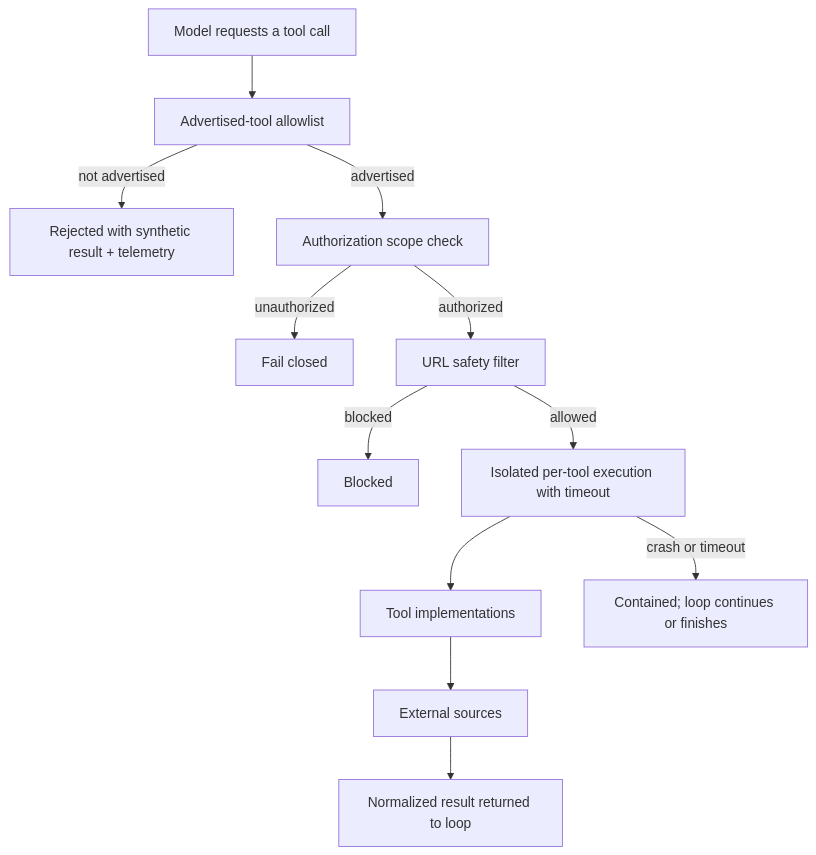
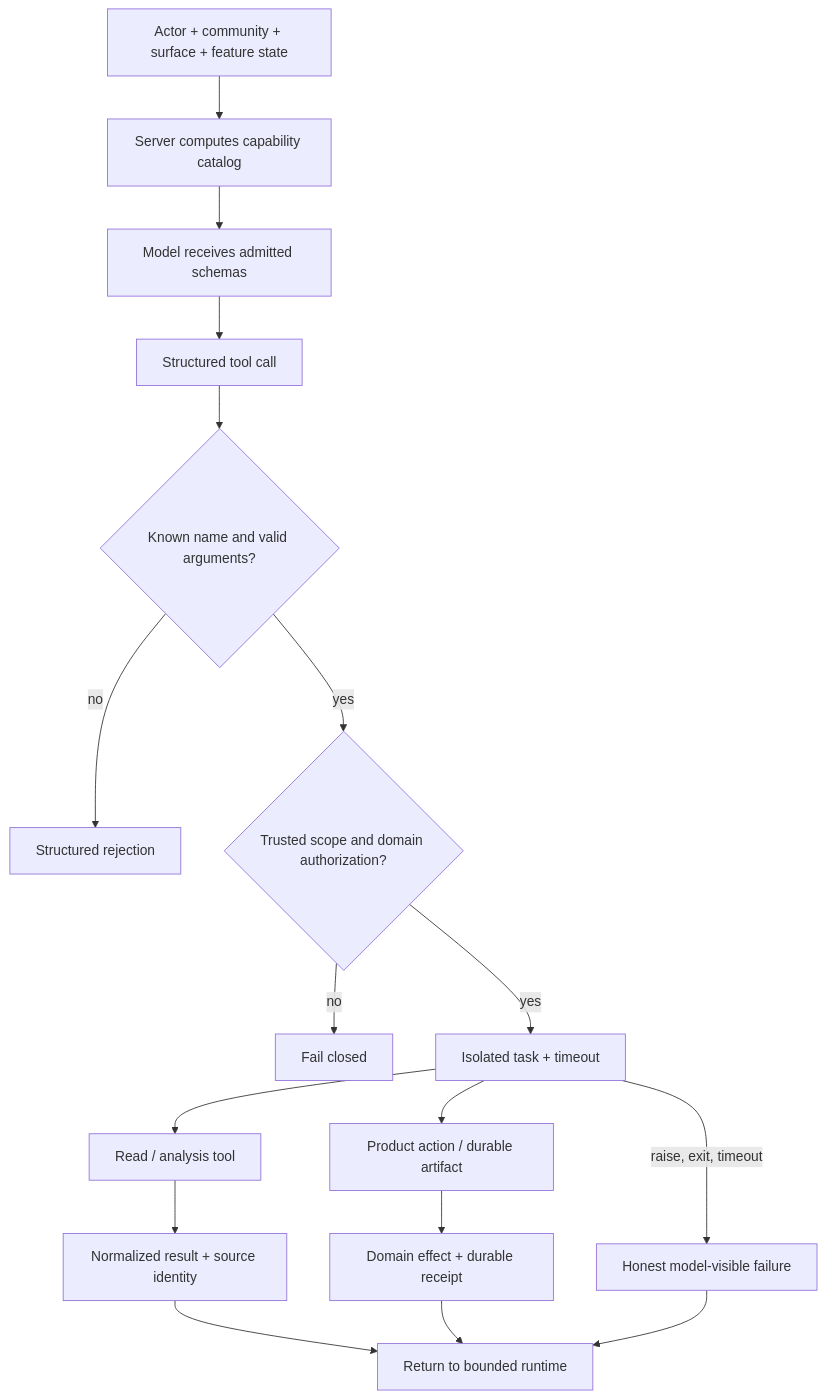
One commit to wahargis/portfolio changed the diagram in flip-technical-overview/diagrams/governed-tool-execution.mmd. Above: the diagram before and after it, drawn with Mermaid. The commit also changed 55 other files, not shown here.

Commit message:
complete portfolio architecture audit

```diff
--- a/flip-technical-overview/diagrams/governed-tool-execution.mmd
+++ b/flip-technical-overview/diagrams/governed-tool-execution.mmd
@@ -1,12 +1,17 @@
 flowchart TD
-    CALL["Model requests a tool call"] --> AD["Advertised-tool allowlist"]
-    AD -->|not advertised| REJECT["Rejected with synthetic result + telemetry"]
-    AD -->|advertised| SCOPE["Authorization scope check"]
-    SCOPE -->|unauthorized| FAILCLOSED["Fail closed"]
-    SCOPE -->|authorized| URL["URL safety filter"]
-    URL -->|blocked| BLOCK["Blocked"]
-    URL -->|allowed| ISO["Isolated per-tool execution with timeout"]
-    ISO --> EXEC["Tool implementations"]
-    EXEC --> EXT["External sources"]
-    EXT --> RESULT["Normalized result returned to loop"]
-    ISO -->|crash or timeout| CONTAINED["Contained; loop continues or finishes"]
+    CONTEXT["Actor + community + surface + feature state"] --> CATALOG["Server computes capability catalog"]
+    CATALOG --> MODEL["Model receives admitted schemas"]
+    MODEL --> CALL["Structured tool call"]
+    CALL --> PARSE{"Known name and valid arguments?"}
+    PARSE -->|no| REJECT["Structured rejection"]
+    PARSE -->|yes| SCOPE{"Trusted scope and domain authorization?"}
+    SCOPE -->|no| CLOSED["Fail closed"]
+    SCOPE -->|yes| ISO["Isolated task + timeout"]
+    ISO --> READ["Read / analysis tool"]
+    ISO --> EFFECT["Product action / durable artifact"]
+    READ --> RESULT["Normalized result + source identity"]
+    EFFECT --> RECEIPT["Domain effect + durable receipt"]
+    ISO -->|raise, exit, timeout| HONEST["Honest model-visible failure"]
+    RESULT --> LOOP["Return to bounded runtime"]
+    RECEIPT --> LOOP
+    HONEST --> LOOP
```
